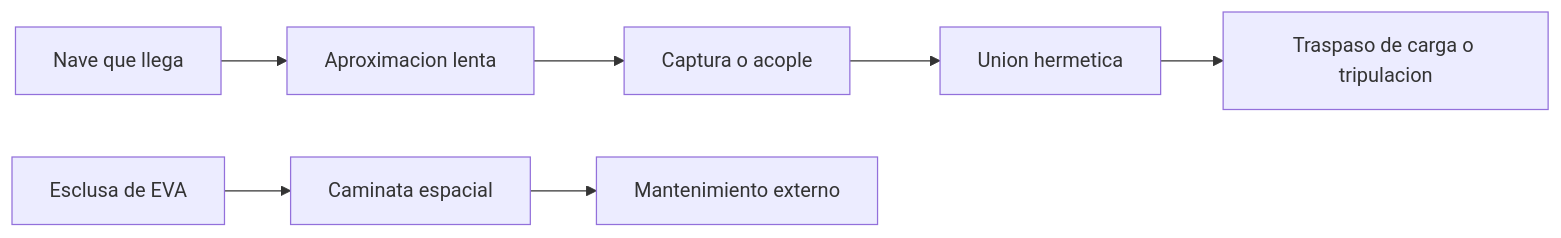
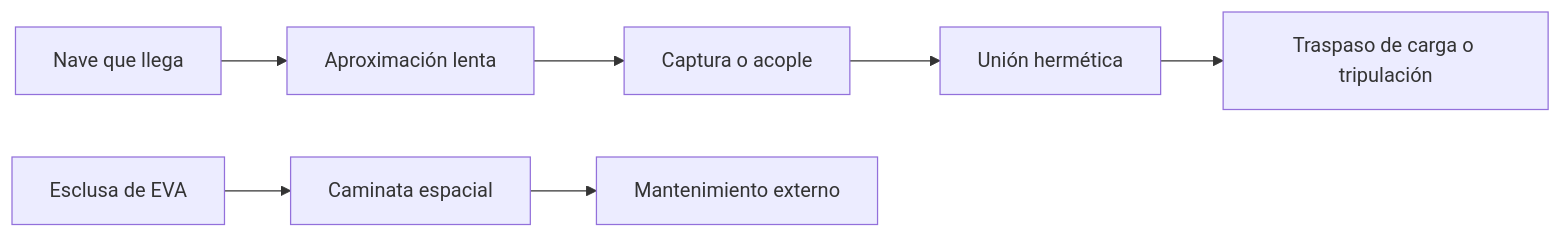
One commit to vladimiracunadev-create/machine-operator-program changed the fourth of 4 diagrams in vehiculos/estacion-espacial/operacion/sistemas-mecanicos-estacion-espacial.md. Above: the diagram before and after it, drawn with Mermaid. The commit also changed other lines of this file and 442 other files, not shown here.

````diff
--- a/vehiculos/estacion-espacial/operacion/sistemas-mecanicos-estacion-espacial.md
+++ b/vehiculos/estacion-espacial/operacion/sistemas-mecanicos-estacion-espacial.md
@@ -116,9 +116,9 @@
 ```mermaid
 flowchart LR
-    Nave[Nave que llega] --> Aproxima[Aproximacion lenta]
+    Nave[Nave que llega] --> Aproxima[Aproximación lenta]
     Aproxima --> Captura[Captura o acople]
-    Captura --> Union[Union hermetica]
-    Union --> Traspaso[Traspaso de carga o tripulacion]
+    Captura --> Union[Unión hermética]
+    Union --> Traspaso[Traspaso de carga o tripulación]
     Esclusa[Esclusa de EVA] --> Salida[Caminata espacial]
     Salida --> Repara[Mantenimiento externo]
 ```
````
